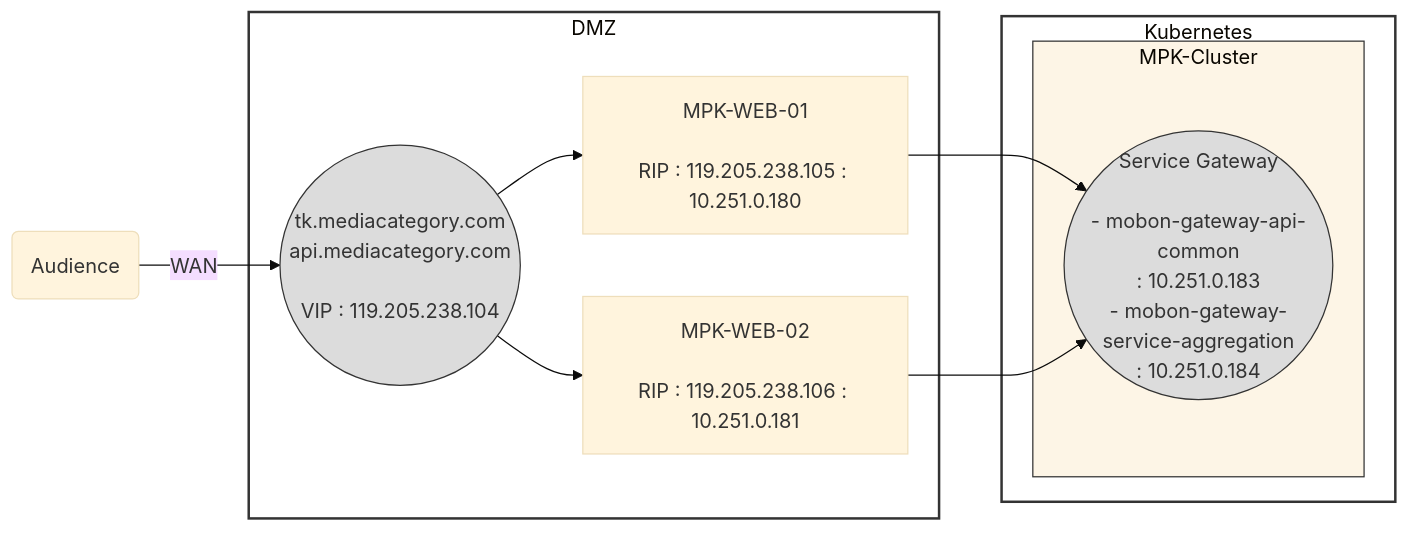
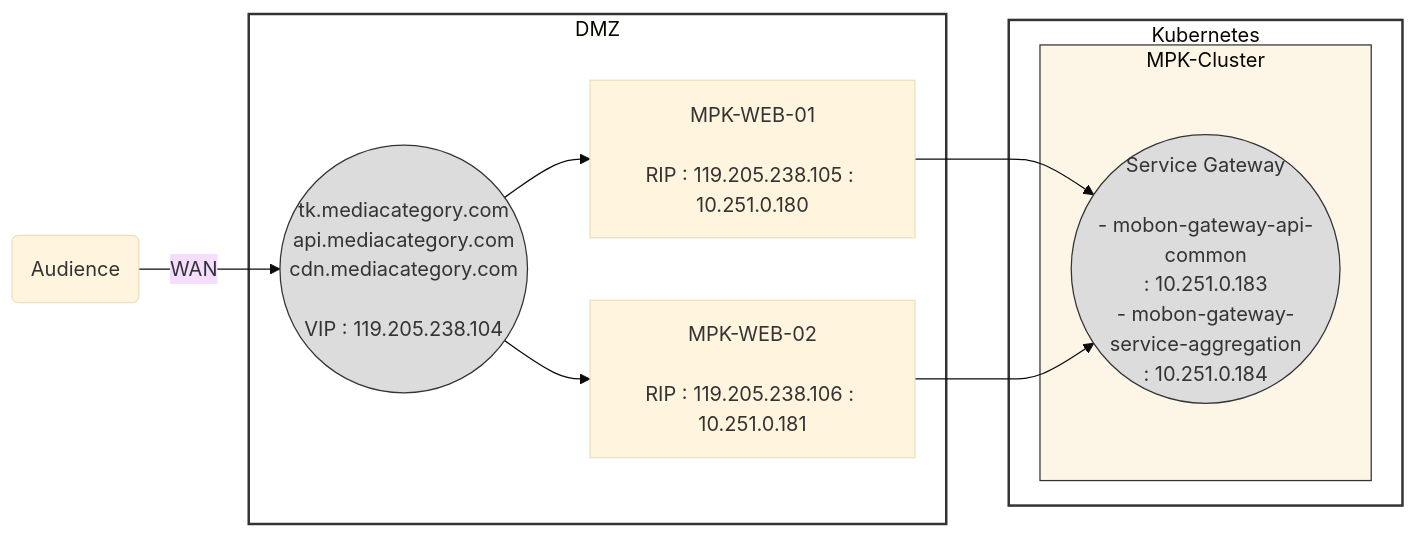
One commit to unlimited9/unlimited9.github.com changed the diagram in reference.notes/tools/chart/mermaid/introduce.md. Above: the diagram before and after it, drawn with Mermaid (base theme). The commit also changed other lines of this file, not shown here.

````diff
--- a/reference.notes/tools/chart/mermaid/introduce.md
+++ b/reference.notes/tools/chart/mermaid/introduce.md
@@ -17,31 +17,31 @@
 ```mermaid
 graph LR
   %% define object
   User(Audience)
   subgraph DMZ
-    L4((tk.mediacategory.com<br/>api.mediacategory.com<br/><br/>VIP : 119.205.238.104))
+    L4((tk.mediacategory.com<br/>api.mediacategory.com<br/>cdn.mediacategory.com<br/><br/>VIP : 119.205.238.104))
     Proxy01[MPK-WEB-01<br/><br/>RIP : 119.205.238.105 : 10.251.0.180]
     Proxy02[MPK-WEB-02<br/><br/>RIP : 119.205.238.106 : 10.251.0.181]
   end
   style DMZ fill:none,stroke:#333,stroke-width:2px
   subgraph Kubernetes
     subgraph MPK-Cluster
       Gateway((Service Gateway<br/><br/>- mobon-gateway-api-common<br/>: 10.251.0.183<br/>- mobon-gateway-service-aggregation<br/>: 10.251.0.184))
     end
   end
   style Kubernetes fill:none, stroke:#333,stroke-width:2px
   style MPK-Cluster fill:#FDF5E6,stroke:#333
   
   %% define object style class
   classDef proxyClass fill:#dcdcdc,stroke:#333
 
   class L4 proxyClass
   Gateway:::proxyClass
 
   %% define link
   User --WAN--> L4
   L4 --> Proxy01
   L4 --> Proxy02
   Proxy01 --> Gateway
-  Proxy02 --> Gateway
+  Proxy02 --> Gateway  
 ```  
````
